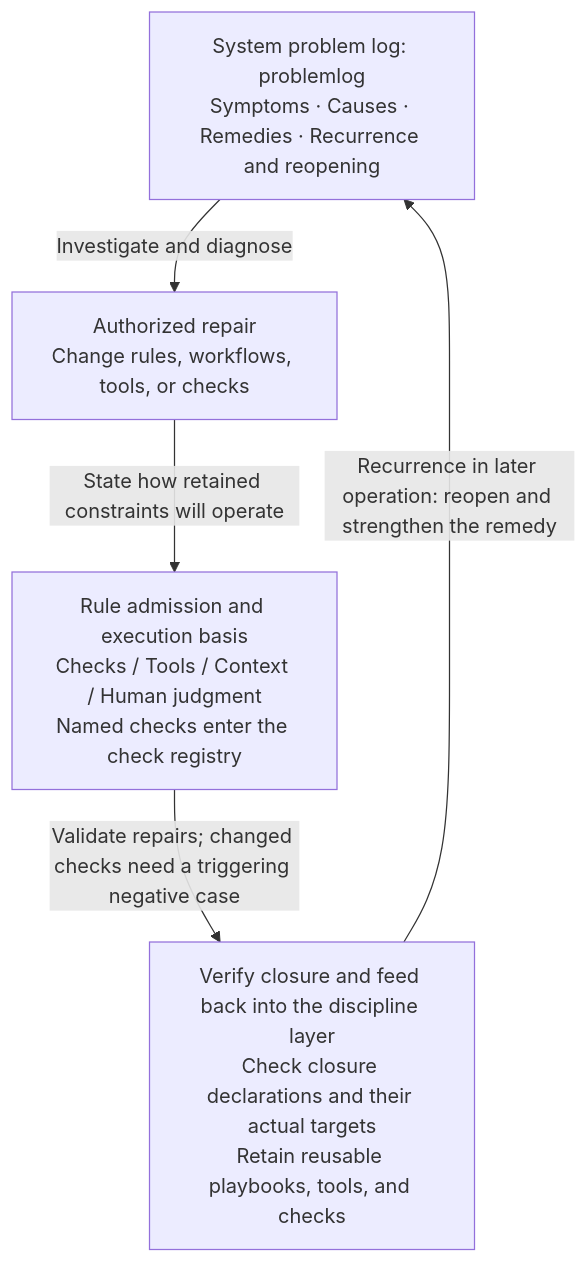
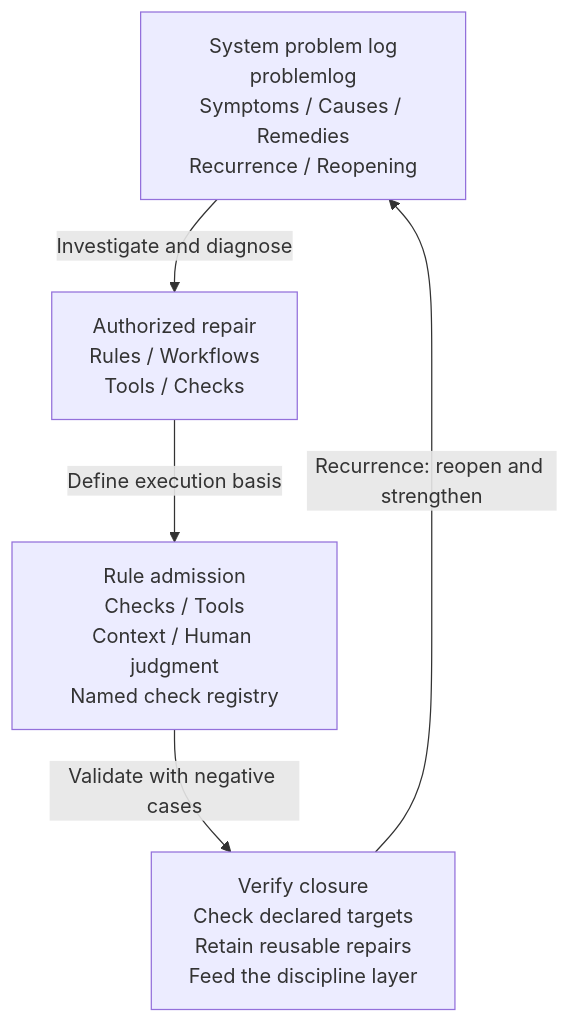
Before and after one commit to lungstrahv/T2AG: the fourth of 4 diagrams in README.md, drawn with Mermaid. The commit also changed other lines of this file, not shown here.

````diff
--- a/README.md
+++ b/README.md
@@ -111,12 +112,12 @@
 ```mermaid
 flowchart TB
-    problem["System problem log: problemlog<br/>Symptoms · Causes · Remedies · Recurrence and reopening"]
-    repair["Authorized repair<br/>Change rules, workflows, tools, or checks"]
-    admission["Rule admission and execution basis<br/>Checks / Tools / Context / Human judgment<br/>Named checks enter the check registry"]
-    closure["Verify closure and feed back into the discipline layer<br/>Check closure declarations and their actual targets<br/>Retain reusable playbooks, tools, and checks"]
+    problem["System problem log<br/>problemlog<br/>Symptoms / Causes / Remedies<br/>Recurrence / Reopening"]
+    repair["Authorized repair<br/>Rules / Workflows<br/>Tools / Checks"]
+    admission["Rule admission<br/>Checks / Tools<br/>Context / Human judgment<br/>Named check registry"]
+    closure["Verify closure<br/>Check declared targets<br/>Retain reusable repairs<br/>Feed the discipline layer"]
 
     problem -->|Investigate and diagnose| repair
-    repair -->|State how retained constraints will operate| admission
-    admission -->|Validate repairs; changed checks need a triggering negative case| closure
-    closure -->|Recurrence in later operation: reopen and strengthen the remedy| problem
+    repair -->|Define execution basis| admission
+    admission -->|Validate with negative cases| closure
+    closure -->|Recurrence: reopen and strengthen| problem
 ```
````
